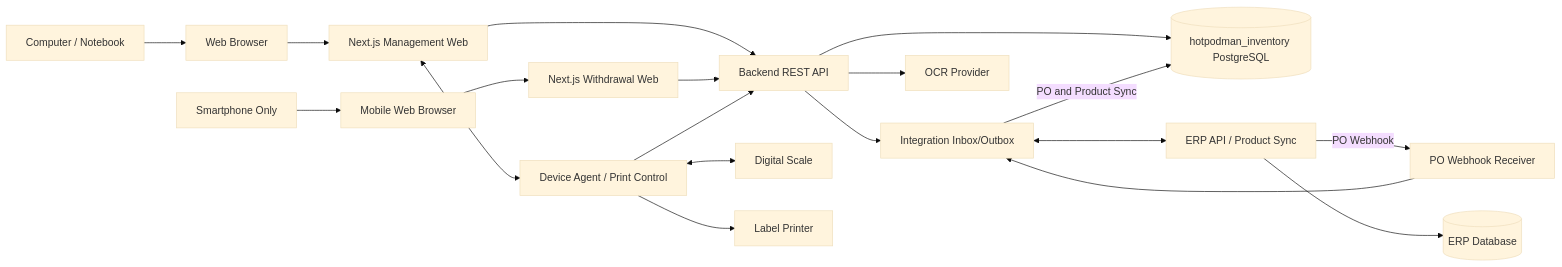
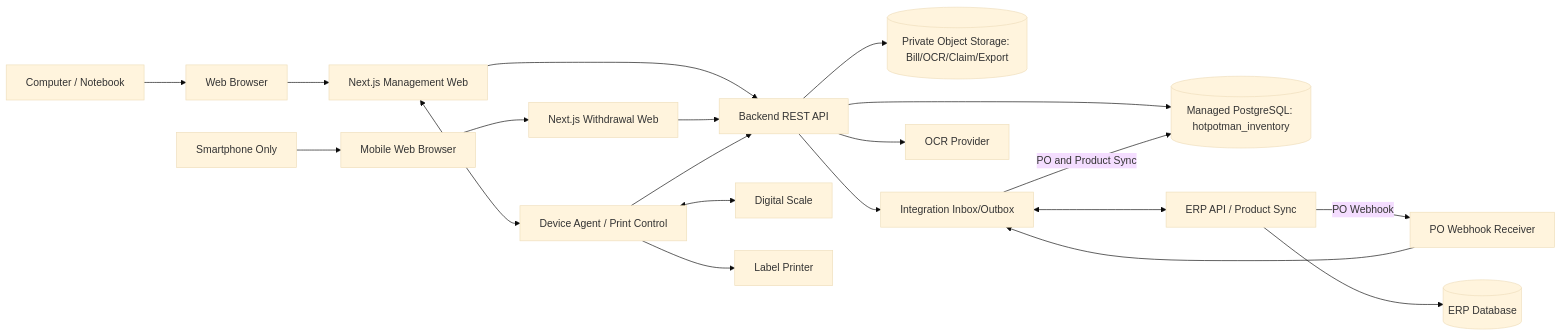
One commit to thisadee2897/requirements changed the first of 3 diagrams in HOTPODMAN/technical.md. Above: the diagram before and after it, drawn with Mermaid (base theme). The commit also changed other lines of this file and 5 other files, not shown here.

````diff
--- a/HOTPODMAN/technical.md
+++ b/HOTPODMAN/technical.md
@@ -43,21 +44,22 @@
 ```mermaid
 flowchart LR
     M[Computer / Notebook] --> MB[Web Browser]
     MB --> MW[Next.js Management Web]
     W[Smartphone Only] --> WB[Mobile Web Browser]
     WB --> WW[Next.js Withdrawal Web]
     MW --> API[Backend REST API]
     WW --> API
-    API --> DB[(hotpodman_inventory PostgreSQL)]
+    API --> DB[(Managed PostgreSQL: hotpotman_inventory)]
+    API --> OS[(Private Object Storage: Bill/OCR/Claim/Export)]
     API --> IQ[Integration Inbox/Outbox]
     IQ <--> ERPAPI[ERP API / Product Sync]
     ERPAPI -->|PO Webhook| WH[PO Webhook Receiver]
     WH --> IQ
     IQ -->|PO and Product Sync| DB
     ERPAPI --> ERPDB[(ERP Database)]
     API --> OCR[OCR Provider]
     MW <--> DA[Device Agent / Print Control]
     DA <--> SC[Digital Scale]
     DA --> LP[Label Printer]
     DA --> API
 ```
````
